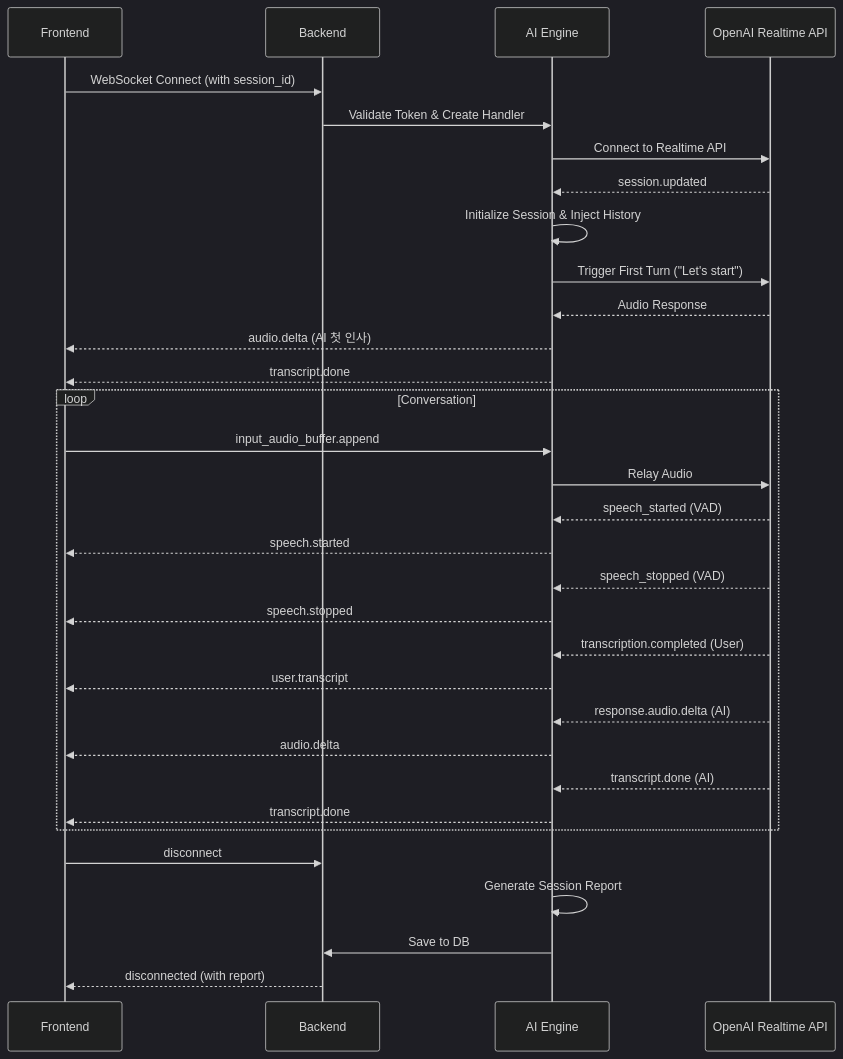
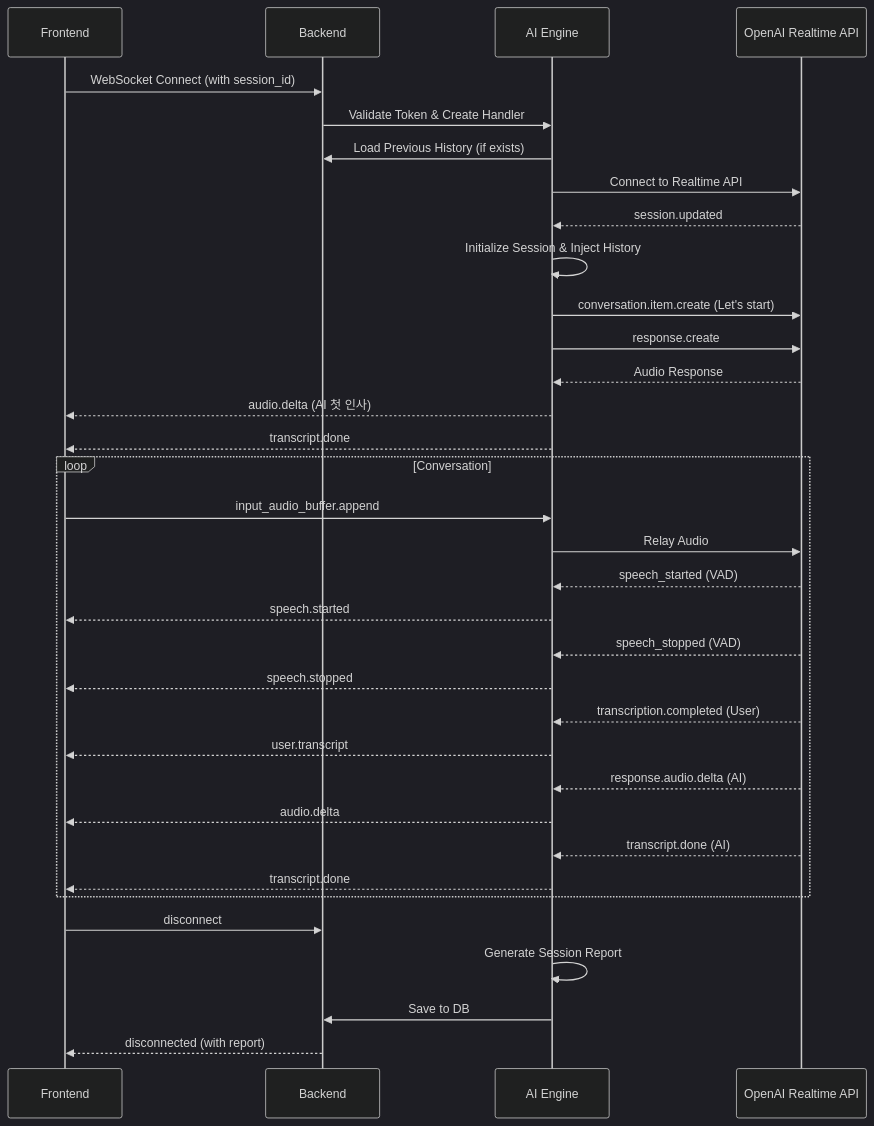
Before and after one commit to MaLangEECoperation/MaLangEE: the second of 2 diagrams in ai-engine/WEBSOCKET_GUIDE.md, drawn with Mermaid (dark theme). The commit also changed other lines of this file, not shown here.

````diff
--- a/ai-engine/WEBSOCKET_GUIDE.md
+++ b/ai-engine/WEBSOCKET_GUIDE.md
@@ -403,37 +431,39 @@
 ```mermaid
 sequenceDiagram
     participant F as Frontend
     participant B as Backend
     participant AI as AI Engine
     participant OpenAI as OpenAI Realtime API
 
     F->>B: WebSocket Connect (with session_id)
     B->>AI: Validate Token & Create Handler
+    AI->>B: Load Previous History (if exists)
     AI->>OpenAI: Connect to Realtime API
     OpenAI-->>AI: session.updated
     AI->>AI: Initialize Session & Inject History
-    AI->>OpenAI: Trigger First Turn ("Let's start")
+    AI->>OpenAI: conversation.item.create (Let's start)
+    AI->>OpenAI: response.create
     OpenAI-->>AI: Audio Response
     AI-->>F: audio.delta (AI 첫 인사)
     AI-->>F: transcript.done
 
     loop Conversation
         F->>AI: input_audio_buffer.append
         AI->>OpenAI: Relay Audio
         OpenAI-->>AI: speech_started (VAD)
         AI-->>F: speech.started
         OpenAI-->>AI: speech_stopped (VAD)
         AI-->>F: speech.stopped
         OpenAI-->>AI: transcription.completed (User)
         AI-->>F: user.transcript
         OpenAI-->>AI: response.audio.delta (AI)
         AI-->>F: audio.delta
         OpenAI-->>AI: transcript.done (AI)
         AI-->>F: transcript.done
     end
 
     F->>B: disconnect
     AI->>AI: Generate Session Report
     AI->>B: Save to DB
     B-->>F: disconnected (with report)
 ```
````
